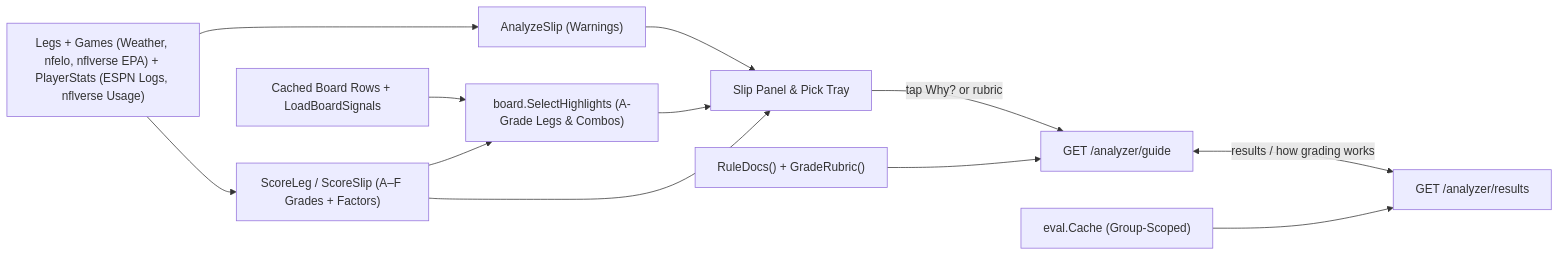
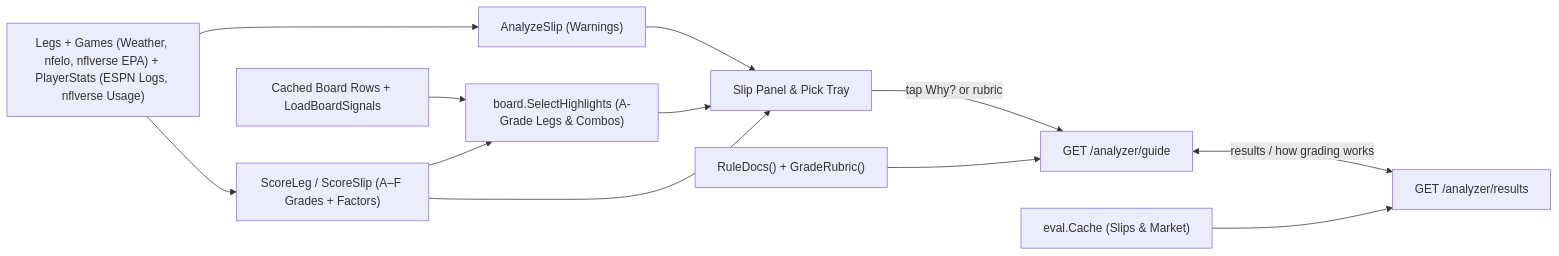
The diagram in docs/concepts/analyzer.md (kalverra/parlay-club), drawn with Mermaid before and after one commit. The commit also changed other lines of this file and 7 other files, not shown here.

````diff
--- a/docs/concepts/analyzer.md
+++ b/docs/concepts/analyzer.md
@@ -24,14 +24,14 @@
 ```mermaid
 flowchart LR
   Inputs["Legs + Games (Weather, nfelo, nflverse EPA) + PlayerStats (ESPN Logs, nflverse Usage)"] --> Rules["AnalyzeSlip (Warnings)"]
   Inputs --> Grades["ScoreLeg / ScoreSlip (A–F Grades + Factors)"]
   Board["Cached Board Rows + LoadBoardSignals"] --> Highlights["board.SelectHighlights (A-Grade Legs & Combos)"]
   Grades --> Highlights
   Rules --> UI["Slip Panel & Pick Tray"]
   Grades --> UI
   Highlights --> UI
   UI -->|"tap Why? or rubric"| Guide["GET /analyzer/guide"]
   Guide <-->|"results / how grading works"| Results["GET /analyzer/results"]
   EngineDocs["RuleDocs() + GradeRubric()"] --> Guide
-  Cache["eval.Cache (Group-Scoped)"] --> Results
+  Cache["eval.Cache (Slips & Market)"] --> Results
 ```
````
